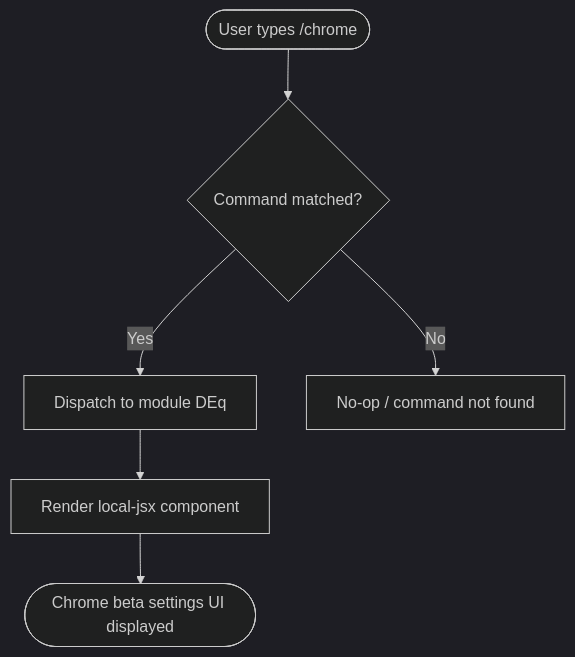
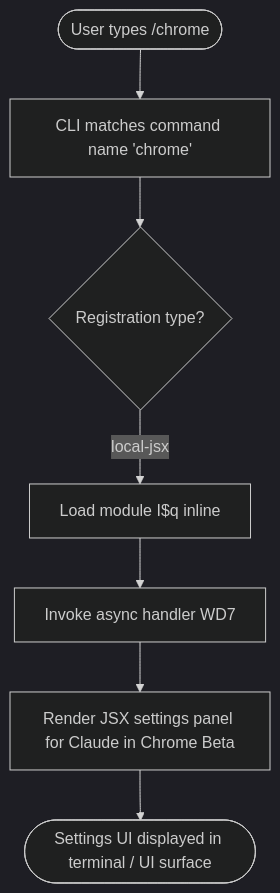
One commit to MyLittleLuckyDog/cc-gnothi changed the diagram in versions/v2.1.144/chrome.md. Above: the diagram before and after it, drawn with Mermaid (dark theme). The commit also changed other lines of this file and 483 other files, not shown here.

````diff
--- a/versions/v2.1.144/chrome.md
+++ b/versions/v2.1.144/chrome.md
@@ -49,8 +58,9 @@
 ```mermaid
 flowchart TD
-    A([User types /chrome]) --> B{Command matched?}
-    B -- Yes --> C[Dispatch to module DEq]
-    B -- No --> D[No-op / command not found]
-    C --> E[Render local-jsx component]
-    E --> F([Chrome beta settings UI displayed])
+    A([User types /chrome]) --> B[CLI matches command name 'chrome']
+    B --> C{Registration type?}
+    C -- local-jsx --> D[Load module I$q inline]
+    D --> E[Invoke async handler WD7]
+    E --> F[Render JSX settings panel for Claude in Chrome Beta]
+    F --> G([Settings UI displayed in terminal / UI surface])
 ```
````
